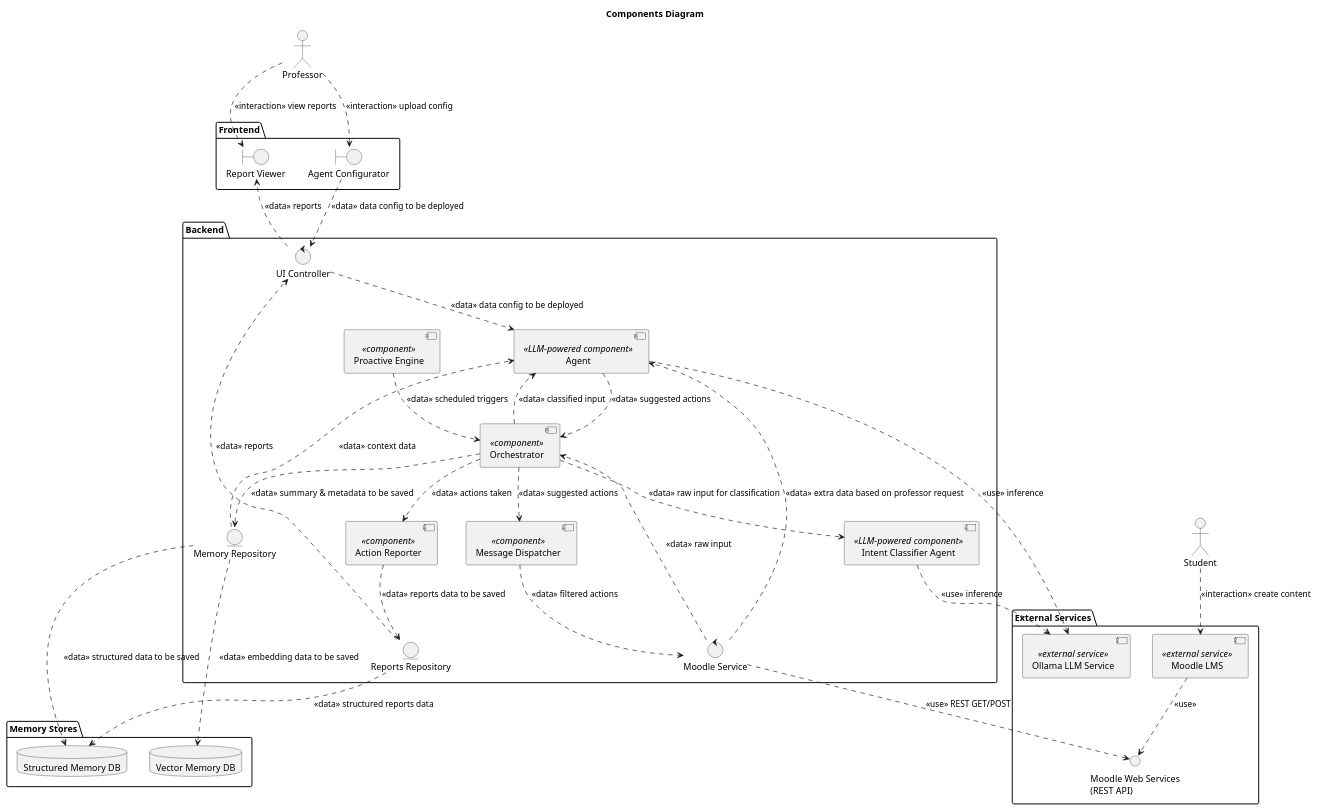
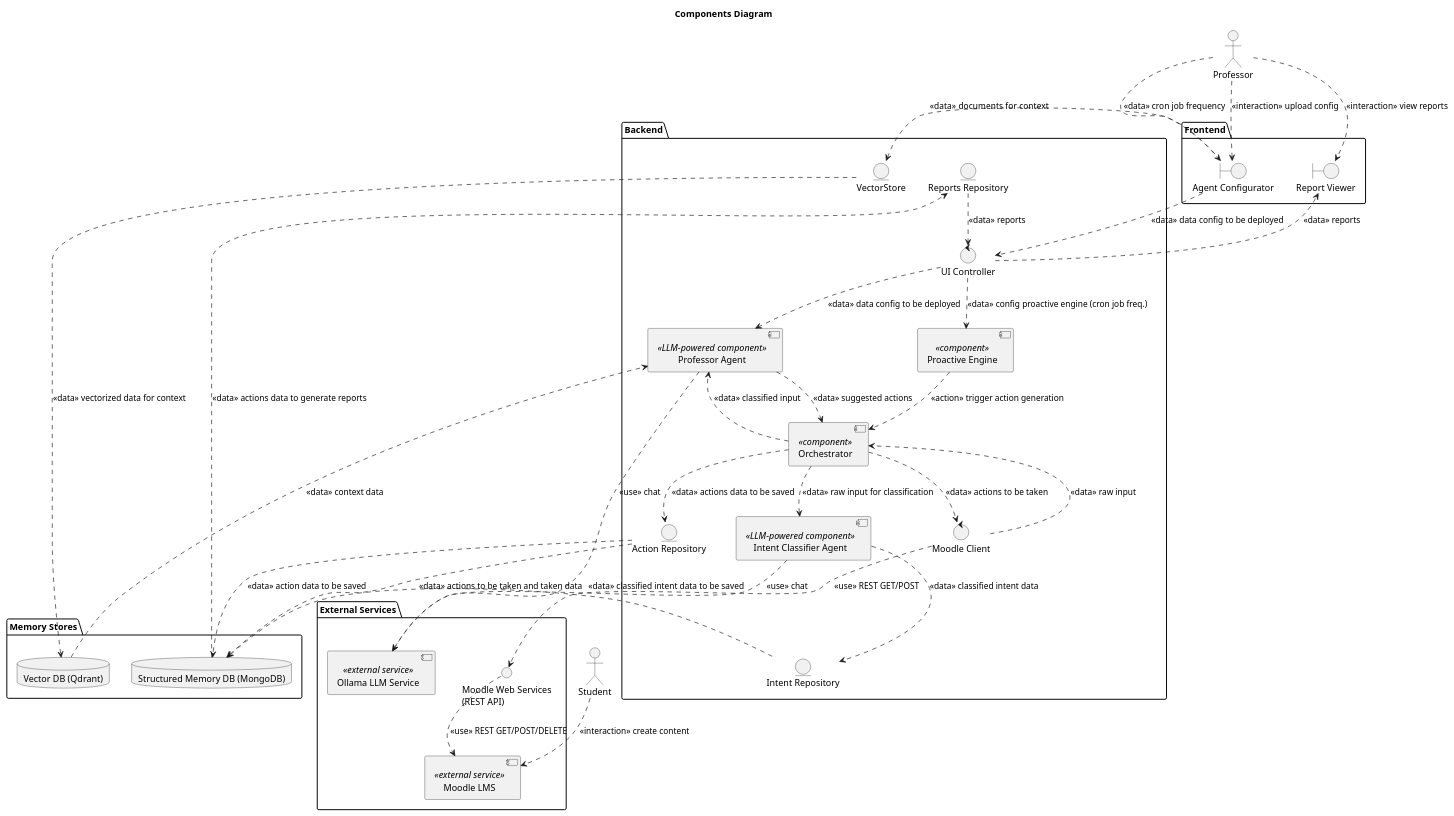
Before and after one commit to gmaragao/profAI: the diagram in arch/components-diagram-v3.puml, drawn with PlantUML. The commit also changed 38 other files, not shown here.

```diff
--- a/arch/components-diagram-v3.puml
+++ b/arch/components-diagram-v3.puml
@@ -1,89 +1,92 @@
 @startuml 
 title Components Diagram
 ' Use UML2 component style
 skinparam componentStyle uml2
 
 
 actor "Professor" as ProfessorActor
 actor "Student" as StudentActor
 
 package "External Services" {
     interface "Moodle Web Services\n(REST API)" as MoodleWebServicesAPI
     component "Moodle LMS" as Moodle <<external service>>
-    Moodle ..> MoodleWebServicesAPI : <<use>>  
+    MoodleWebServicesAPI ..> Moodle : <<use>> REST GET/POST/DELETE
     component "Ollama LLM Service" as OllamaLLM <<external service>>
 }
 
 
 StudentActor ..> Moodle : <<interaction>> create content
 
 ' Frontend package
 package "Frontend" {
   boundary "Report Viewer"           as ReportViewer
   boundary "Agent Configurator"      as AgentConfigurator
 
   ProfessorActor ..> ReportViewer : <<interaction>> view reports
   ProfessorActor ..> AgentConfigurator : <<interaction>> upload config
-}
+} 
 
 ' Backend package
 package "Backend" {
   control  "UI Controller"           as UIController
   entity   "Reports Repository"      as ReportsRepo
   component "Orchestrator"              as Orchestrator <<component>>
-  control  "Moodle Service"       as MoodleService
-  component "Message Dispatcher"     as MessageDispatcher <<component>>
-  entity   "Memory Repository"       as MemoryRepository
-  component "Action Reporter"        as ActionReporter <<component>>
+  control  "Moodle Client"       as MoodleClient
+  entity "Intent Repository" as IntentRepository
+  entity "VectorStore" as VectorStore
 
   'LLM-backed agent components
   component "Intent Classifier Agent" as IntentAgent <<LLM-powered component>>
-  component "Agent"         as ProfessorAgent <<LLM-powered component>>  
+  component "Professor Agent"         as ProfessorAgent <<LLM-powered component>>  
   ' Dependency relationships to Ollama
-  IntentAgent ..> OllamaLLM : <<use>> inference
-  ProfessorAgent ..> OllamaLLM : <<use>> inference
+  IntentAgent ..> OllamaLLM : <<use>> chat
+  ProfessorAgent ..> OllamaLLM : <<use>> chat
 
   component "Proactive Engine"        as ProactiveEngine <<component>>
+  entity "Action Repository"       as ActionRepository 
 }
 
 
 ' Memory stores
 package "Memory Stores" {
-  database "Structured Memory DB"    as StructuredDB
-  database "Vector Memory DB"        as VectorDB
+  database "Structured Memory DB (MongoDB)"    as StructuredDB
+  database "Vector DB (Qdrant)"        as VectorDB
 }
 
 ' Frontend → Backend interactions
 UIController ..> ReportViewer       : <<data>> reports
 AgentConfigurator ..> UIController   : <<data>> data config to be deployed
 
+ProfessorActor ..> AgentConfigurator : <<data>> cron job frequency
+UIController ..> ProactiveEngine     : <<data>> config proactive engine (cron job freq.)
+
+
+StructuredDB ..> ReportsRepo       : <<data>> actions data to generate reports
 ReportsRepo ..> UIController       : <<data>> reports
 UIController ..> ProfessorAgent        : <<data>> data config to be deployed
 
 ' Orchestrator flow
-MoodleService ..> MoodleWebServicesAPI      : <<use>> REST GET/POST
+MoodleClient ..> MoodleWebServicesAPI      : <<use>> REST GET/POST
 
-MoodleService ..> Orchestrator     : <<data>> raw input
+MoodleClient ..> Orchestrator     : <<data>> raw input
 Orchestrator ..> IntentAgent           : <<data>> raw input for classification
 Orchestrator ..> ProfessorAgent       : <<data>> classified input
-Orchestrator ..> MemoryRepository     : <<data>>  summary & metadata to be saved
 ProfessorAgent ..> Orchestrator : <<data>> suggested actions
-Orchestrator ..> MessageDispatcher : <<data>> suggested actions
-MessageDispatcher ..> MoodleService : <<data>> filtered actions
+Orchestrator ..> MoodleClient : <<data>> actions to be taken
 
+IntentAgent ..> IntentRepository : <<data>> classified intent data
+IntentRepository ..> StructuredDB : <<data>> classified intent data to be saved
 
 ' Professor Agent flow
-MemoryRepository ..> ProfessorAgent : <<data>> context data
-MoodleService ..> ProfessorAgent : <<data>> extra data based on professor request
+VectorDB ..> ProfessorAgent : <<data>> context data
 
-MemoryRepository ..> StructuredDB   : <<data>> structured data to be saved
-MemoryRepository ..> VectorDB       : <<data>> embedding data to be saved
+ActionRepository ..> StructuredDB   : <<data>> action data to be saved
+AgentConfigurator ..> VectorStore       : <<data>>  documents for context 
+VectorStore ..> VectorDB : <<data>> vectorized data for context
 
-Orchestrator ..> ActionReporter  : <<data>> actions taken
-ActionReporter ..> ReportsRepo     : <<data>> reports data to be saved
-ReportsRepo ..> StructuredDB       : <<data>> structured reports data
+Orchestrator ..>  ActionRepository     : <<data>> actions data to be saved
+ActionRepository ..> StructuredDB       : <<data>> actions to be taken and taken data
 
 ' Proactive engine triggers
-ProactiveEngine ..> Orchestrator : <<data>> scheduled triggers
-
+ProactiveEngine ..> Orchestrator : <<action>> trigger action generation
 @enduml
```
